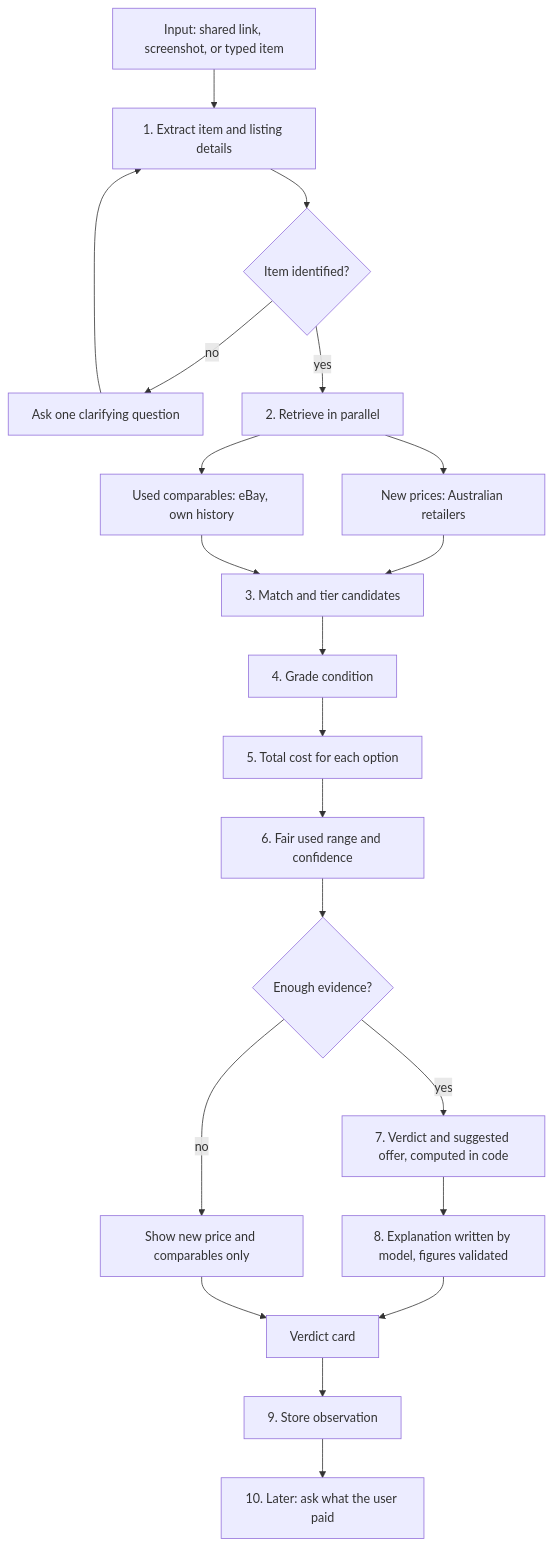
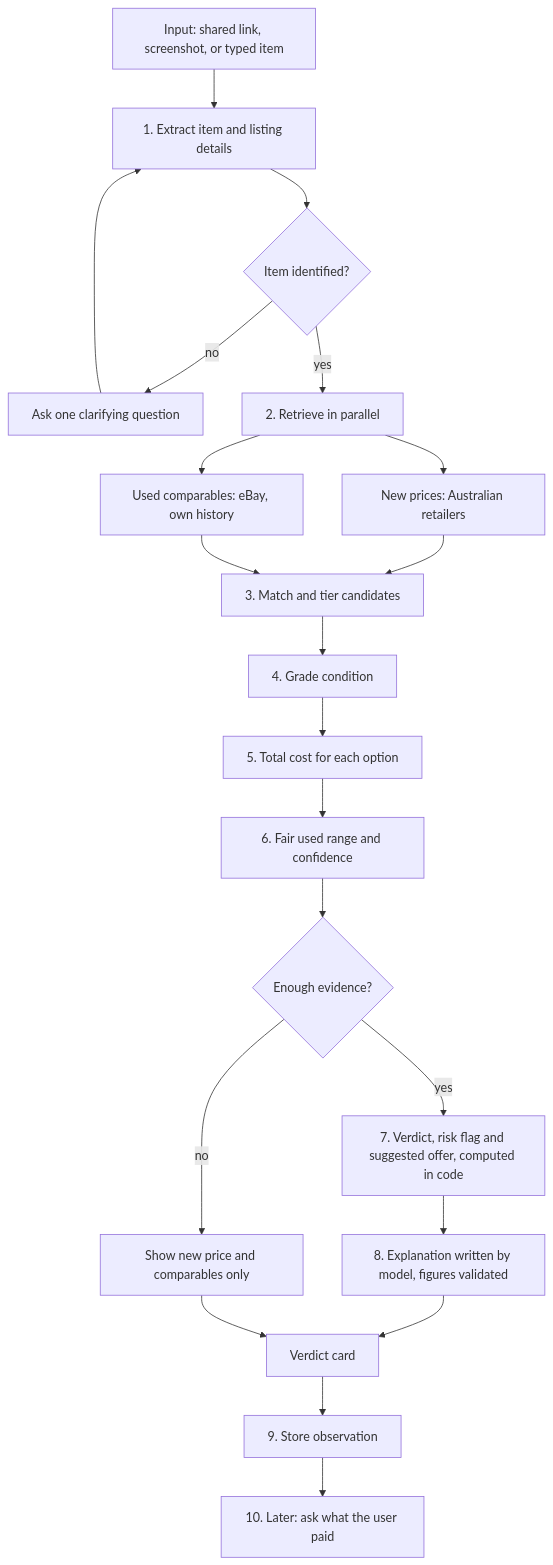
One commit to anfoboyz-tech/comparation-app changed the diagram in methodology/pipeline.md. Above: the diagram before and after it, drawn with Mermaid. The commit also changed other lines of this file and 6 other files, not shown here.

````diff
--- a/methodology/pipeline.md
+++ b/methodology/pipeline.md
@@ -5,23 +5,23 @@
 ```mermaid
 flowchart TD
     A[Input: shared link, screenshot, or typed item] --> B[1. Extract item and listing details]
     B --> C{Item identified?}
     C -- no --> C1[Ask one clarifying question]
     C1 --> B
     C -- yes --> D[2. Retrieve in parallel]
     D --> D1[New prices: Australian retailers]
     D --> D2[Used comparables: eBay, own history]
     D1 --> E[3. Match and tier candidates]
     D2 --> E
     E --> F[4. Grade condition]
     F --> G[5. Total cost for each option]
     G --> H[6. Fair used range and confidence]
     H --> I{Enough evidence?}
     I -- no --> I1[Show new price and comparables only]
-    I -- yes --> J[7. Verdict and suggested offer, computed in code]
+    I -- yes --> J[7. Verdict, risk flag and suggested offer, computed in code]
     J --> K[8. Explanation written by model, figures validated]
     K --> L[Verdict card]
     I1 --> L
     L --> M[9. Store observation]
     M --> N[10. Later: ask what the user paid]
 ```
````
